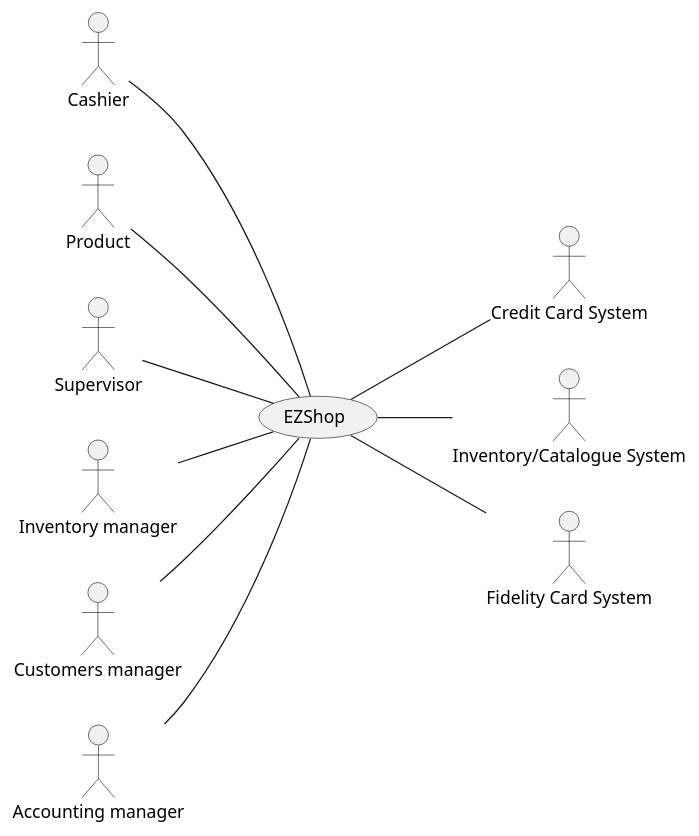
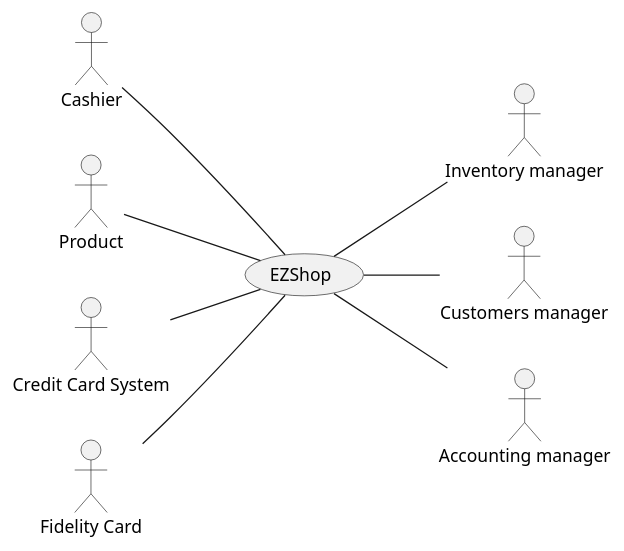
Before and after one commit to GrayNeel/SoftEngProject-EZShop: the first of 2 diagrams in Deliverables/RequirementsDocument.md, drawn with PlantUML. The commit also changed other lines of this file, not shown here.

````diff
--- a/Deliverables/RequirementsDocument.md
+++ b/Deliverables/RequirementsDocument.md
@@ -73,25 +71,22 @@
 ```plantuml
 @startuml
 left to right direction
 actor Cashier as c
 actor Product as p
-actor Supervisor as s
 actor "Inventory manager" as im
 actor "Customers manager" as cm
 actor "Accounting manager" as am
 actor "Credit Card System" as cs
-actor "Inventory/Catalogue System" as is
-actor "Fidelity Card System" as fs
+actor "Fidelity Card" as fc
 
 c -- (EZShop)
 p -- (EZShop)
-s -- (EZShop)
-im -- (EZShop)
-cm -- (EZShop)
-am -- (EZShop)
-(EZShop) -- cs
-(EZShop) -- is
-(EZShop) -- fs
+cs -- (EZShop)
+fc -- (EZShop)
+(EZShop) -- im
+(EZShop) -- cm
+(EZShop) -- am
+
 
 @enduml
 ```
````
